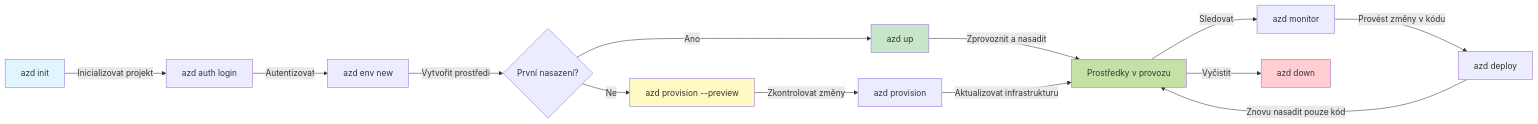
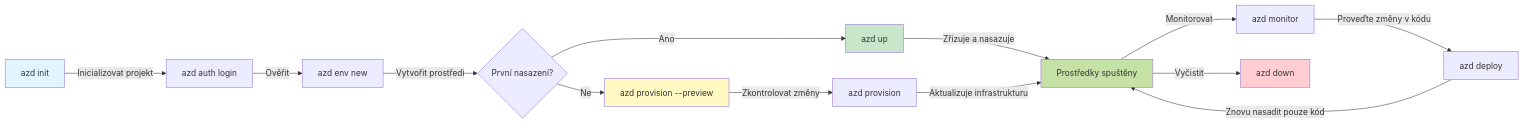
Before and after one commit to microsoft/AZD-for-beginners: the first of 2 diagrams in translations/cs/docs/chapter-01-foundation/azd-basics.md, drawn with Mermaid. The commit also changed other lines of this file and 101 other files, not shown here.

````diff
--- a/translations/cs/docs/chapter-01-foundation/azd-basics.md
+++ b/translations/cs/docs/chapter-01-foundation/azd-basics.md
@@ -254,21 +269,21 @@
 ```mermaid
 graph LR
     A[azd init] -->|Inicializovat projekt| B[azd auth login]
-    B -->|Autentizovat| C[azd env new]
+    B -->|Ověřit| C[azd env new]
     C -->|Vytvořit prostředí| D{První nasazení?}
     D -->|Ano| E[azd up]
     D -->|Ne| F[azd provision --preview]
     F -->|Zkontrolovat změny| G[azd provision]
-    E -->|Zprovoznit a nasadit| H[Prostředky v provozu]
-    G -->|Aktualizovat infrastrukturu| H
-    H -->|Sledovat| I[azd monitor]
-    I -->|Provést změny v kódu| J[azd deploy]
+    E -->|Zřizuje a nasazuje| H[Prostředky spuštěny]
+    G -->|Aktualizuje infrastrukturu| H
+    H -->|Monitorovat| I[azd monitor]
+    I -->|Proveďte změny v kódu| J[azd deploy]
     J -->|Znovu nasadit pouze kód| H
     H -->|Vyčistit| K[azd down]
     
     style A fill:#e1f5fe
     style E fill:#c8e6c9
     style F fill:#fff9c4
     style H fill:#c5e1a5
     style K fill:#ffcdd2
 ```
````
